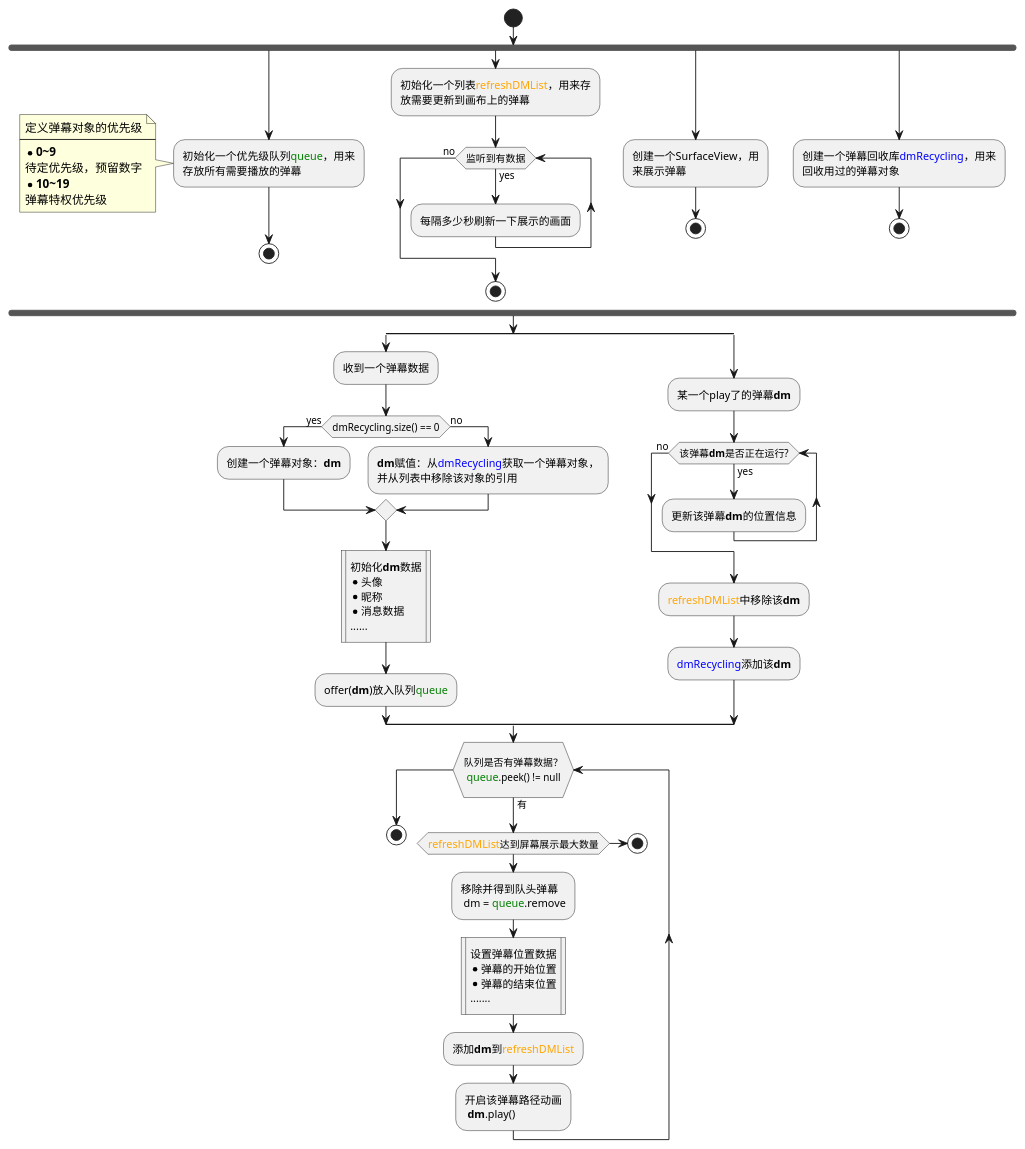
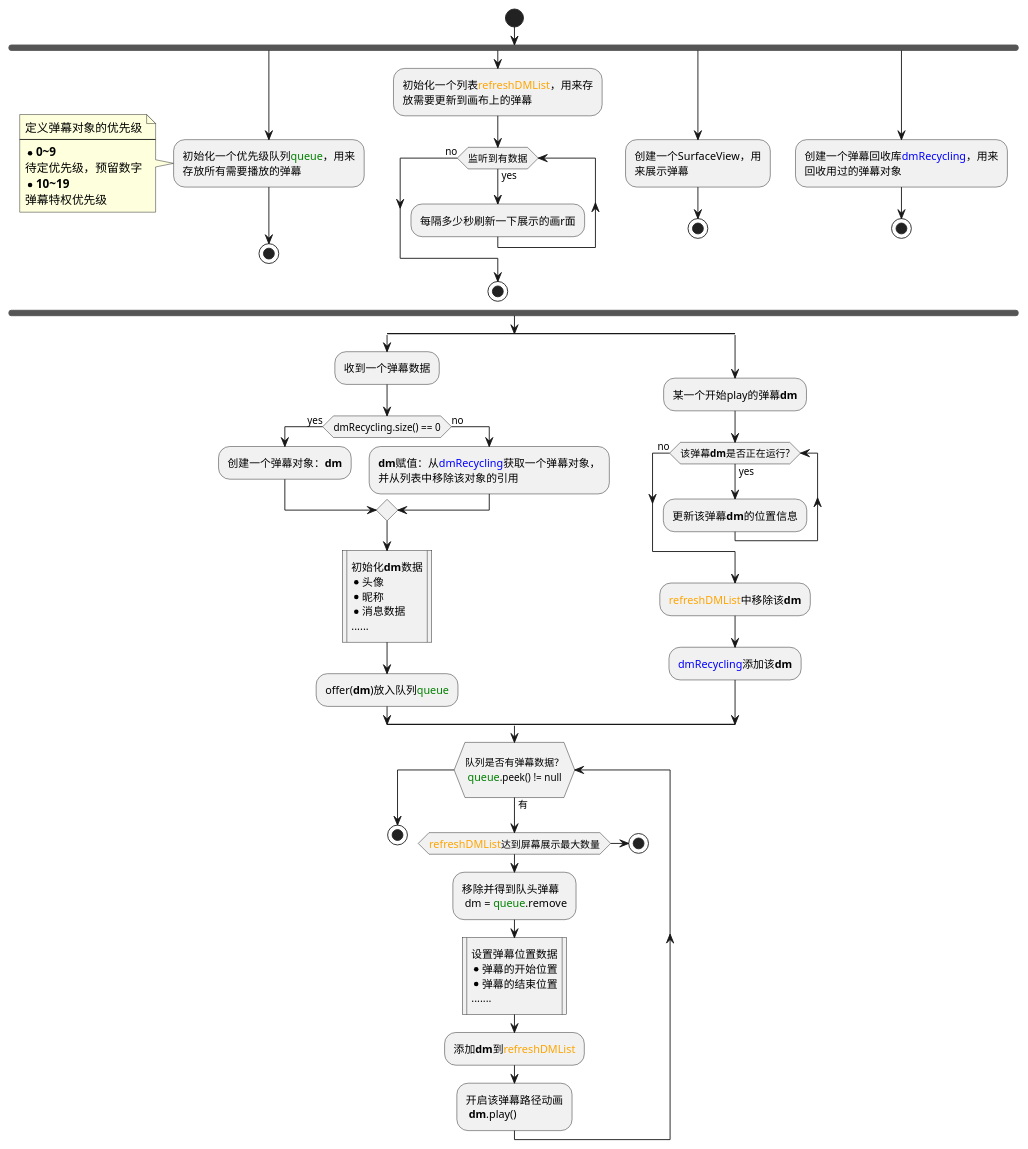
Before and after one commit to xujiaji/DMView2: the diagram in 项目弹幕模型.puml, drawn with PlantUML. The commit also changed 8 other files, not shown here.

```diff
--- a/项目弹幕模型.puml
+++ b/项目弹幕模型.puml
@@ -1,71 +1,71 @@
 @startuml
 start
 fork
     :初始化一个优先级队列<font size="12" color="green">queue</font>，用来
     存放所有需要播放的弹幕;
     note left
 定义弹幕对象的优先级
 ----
 *<b>0~9</b>
 待定优先级，预留数字
 *<b>10~19</b>
 弹幕特权优先级
     end note
     stop
 fork again
     :初始化一个列表<font size="12" color="orange">refreshDMList</font>，用来存
     放需要更新到画布上的弹幕;
     while (监听到有数据) is (yes)
-        :每隔多少秒刷新一下展示的画面;
+        :每隔多少秒刷新一下展示的画r面;
     end while(no)
     stop
 fork again
     :创建一个SurfaceView，用
     来展示弹幕;
     stop
 fork again
     :创建一个弹幕回收库<font size="12" color="blue">dmRecycling</font>，用来
     回收用过的弹幕对象;
     stop
 end fork
 split
     :收到一个弹幕数据;
     if (dmRecycling.size() == 0) then (yes)
         :创建一个弹幕对象：**dm**;
     else (no)
         :**dm**赋值：从<font size="12" color="blue">dmRecycling</font>获取一个弹幕对象，
         并从列表中移除该对象的引用;
     endif
     :初始化**dm**数据
 *头像
 *昵称
 *消息数据
 ......|
     :offer(**dm**)放入队列<font size="12" color="green">queue</font>;
 split again
-:某一个play了的弹幕**dm**;
+:某一个开始play的弹幕**dm**;
     while(该弹幕**dm**是否正在运行?) is (yes)
         :更新该弹幕**dm**的位置信息;
     end while(no)
     :<font size="12" color="orange">refreshDMList</font>中移除该**dm**;
     :<font size="12" color="blue">dmRecycling</font>添加该**dm**;
 end split
 
 while (\n队列是否有弹幕数据？\n <font size="12" color="green">queue</font>.peek() != null\n) is (有)
     if(<font size="12" color="orange">refreshDMList</font>达到屏幕展示最大数量) then
     stop
     endif
     :移除并得到队头弹幕\n dm = <font size="12" color="green">queue</font>.remove;
 :设置弹幕位置数据
 *弹幕的开始位置
 *弹幕的结束位置
 .......|
 :添加**dm**到<font size="12" color="orange">refreshDMList</font>;
     :开启该弹幕路径动画\n **dm**.play();
 
 '    while (监听该弹幕**dm**) is (运行)
 '    :更新弹幕**dm**当前位置;
 '    end while(结束)
 end while
 stop
 @enduml
```
